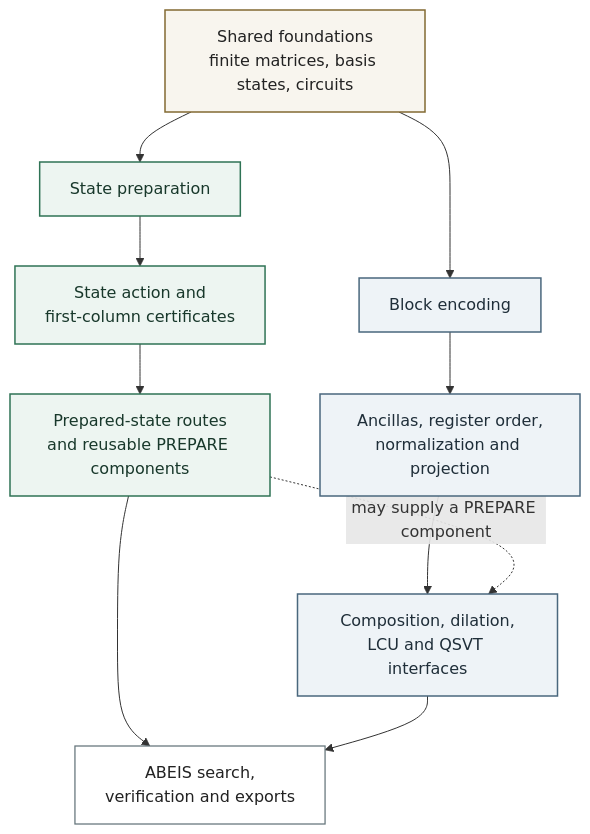
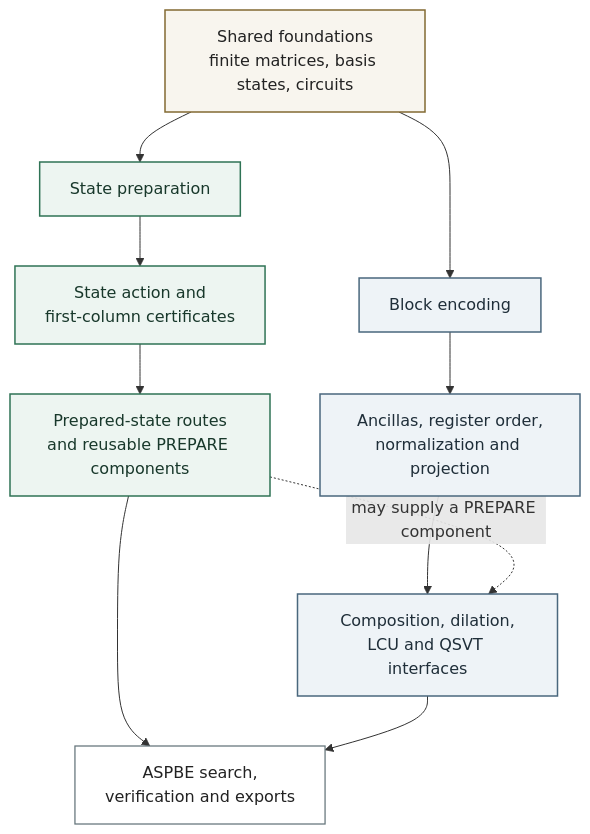
The diagram in website/diagrams/learning-path.mmd (DakeBU/Quantum-Computing-Block-Encoding), drawn with Mermaid before and after one commit. The commit also changed 43 other files, not shown here.

```diff
--- a/website/diagrams/learning-path.mmd
+++ b/website/diagrams/learning-path.mmd
@@ -1,23 +1,23 @@
 flowchart TB
   F["Shared foundations<br/>finite matrices, basis states, circuits"]
 
   F --> S1["State preparation"]
   S1 --> S2["State action and<br/>first-column certificates"]
   S2 --> S3["Prepared-state routes<br/>and reusable PREPARE components"]
 
   F --> B1["Block encoding"]
   B1 --> B2["Ancillas, register order,<br/>normalization and projection"]
   B2 --> B3["Composition, dilation,<br/>LCU and QSVT interfaces"]
 
   S3 -. "may supply a PREPARE component" .-> B3
-  S3 --> H["ABEIS search,<br/>verification and exports"]
+  S3 --> H["ASPBE search,<br/>verification and exports"]
   B3 --> H
 
   classDef shared fill:#f8f5ee,stroke:#826a32,color:#222222,stroke-width:1.5px;
   classDef state fill:#edf5f1,stroke:#2f7355,color:#18382b,stroke-width:1.5px;
   classDef block fill:#eef3f7,stroke:#49677d,color:#1f2e39,stroke-width:1.5px;
   classDef system fill:#ffffff,stroke:#64747a,color:#222222,stroke-width:1.25px;
   class F shared;
   class S1,S2,S3 state;
   class B1,B2,B3 block;
   class H system;
```
